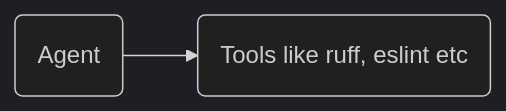
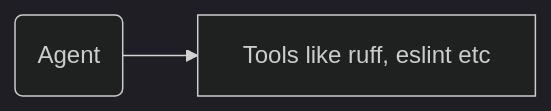
Before and after one commit to rk-swe/code-review-agent: the first of 2 diagrams in README.md, drawn with Mermaid (dark theme). The commit also changed other lines of this file and 4 other files, not shown here.

````diff
--- a/README.md
+++ b/README.md
@@ -95,5 +95,5 @@
 ```mermaid
 flowchart LR;
-    A(Agent) --> B(Tools like ruff, eslint etc);
+    A(Agent) --> B[Tools like ruff, eslint etc];
 
 ```
````
